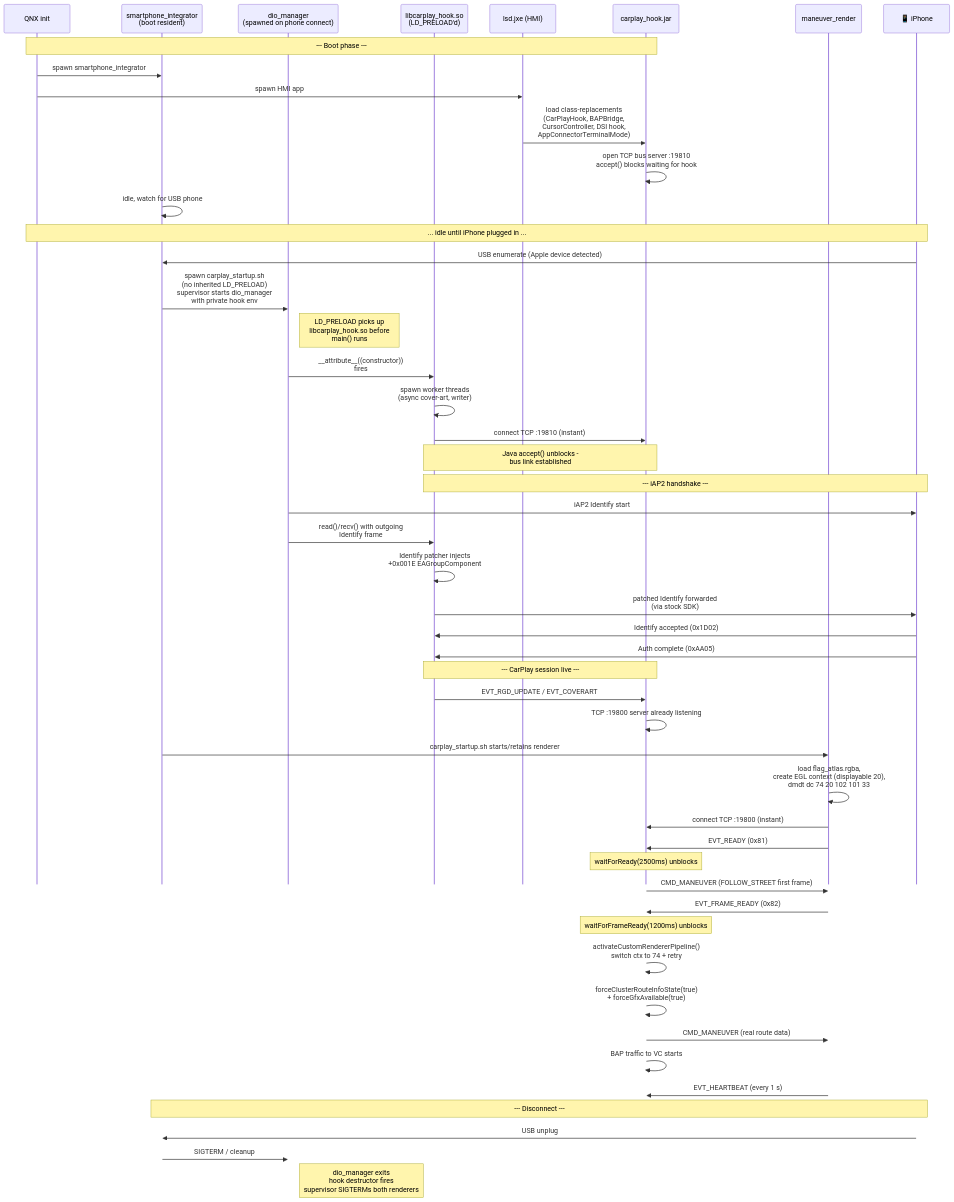
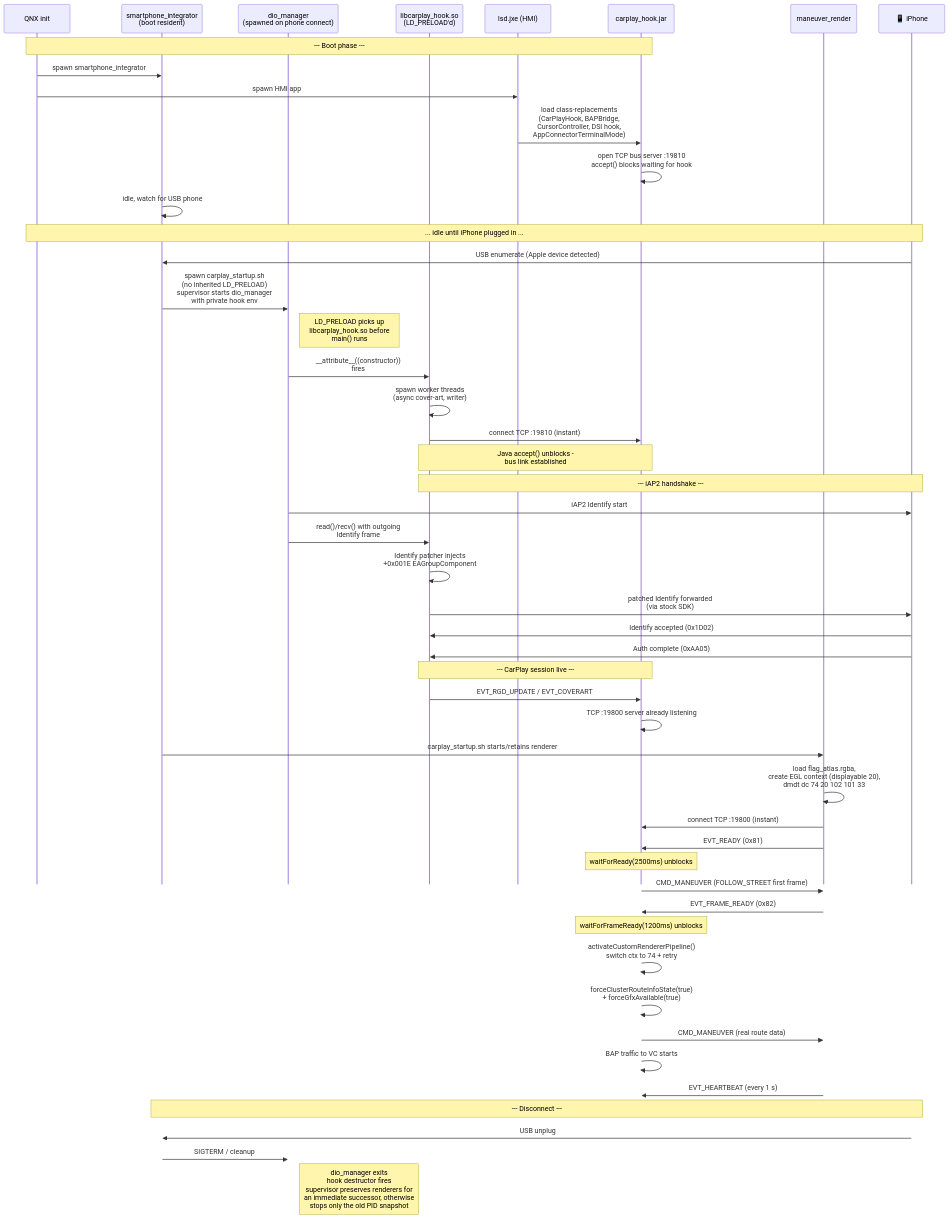
One commit to luka-dev/mib2q-carplay-rgi changed the eighth of 9 diagrams in README.md. Above: the diagram before and after it, drawn with Mermaid. The commit also changed other lines of this file and 40 other files, not shown here.

````diff
--- a/README.md
+++ b/README.md
@@ -767,60 +770,60 @@
 ```mermaid
 %%{init: {'sequence': {'mirrorActors': false}}}%%
 sequenceDiagram
     participant qnx as QNX init
     participant si as smartphone_integrator<br/>(boot resident)
     participant dio as dio_manager<br/>(spawned on phone connect)
     participant hook as libcarplay_hook.so<br/>(LD_PRELOAD'd)
     participant lsd as lsd.jxe (HMI)
     participant jar as carplay_hook.jar
     participant rend as maneuver_render
     participant ios as 📱 iPhone
 
     Note over qnx,jar: --- Boot phase ---
     qnx->>si: spawn smartphone_integrator
     qnx->>lsd: spawn HMI app
     lsd->>jar: load class-replacements<br/>(CarPlayHook, BAPBridge,<br/>CursorController, DSI hook,<br/>AppConnectorTerminalMode)
     jar->>jar: open TCP bus server :19810<br/>accept() blocks waiting for hook
     si->>si: idle, watch for USB phone
 
     Note over qnx,ios: ... idle until iPhone plugged in ...
 
     ios->>si: USB enumerate (Apple device detected)
     si->>dio: spawn carplay_startup.sh<br/>(no inherited LD_PRELOAD)<br/>supervisor starts dio_manager<br/>with private hook env
     Note right of dio: LD_PRELOAD picks up<br/>libcarplay_hook.so before<br/>main() runs
     dio->>hook: __attribute__((constructor))<br/>fires
     hook->>hook: spawn worker threads<br/>(async cover-art, writer)
     hook->>jar: connect TCP :19810 (instant)
     Note over hook,jar: Java accept() unblocks -<br/>bus link established
 
     Note over hook,ios: --- iAP2 handshake ---
     dio->>ios: iAP2 Identify start
     dio->>hook: read()/recv() with outgoing<br/>Identify frame
     hook->>hook: Identify patcher injects<br/>+0x001E EAGroupComponent
     hook->>ios: patched Identify forwarded<br/>(via stock SDK)
     ios->>hook: Identify accepted (0x1D02)
     ios->>hook: Auth complete (0xAA05)
 
     Note over hook,jar: --- CarPlay session live ---
 
     hook->>jar: EVT_RGD_UPDATE / EVT_COVERART
     jar->>jar: TCP :19800 server already listening
     si->>rend: carplay_startup.sh starts/retains renderer
     rend->>rend: load flag_atlas.rgba,<br/>create EGL context (displayable 20),<br/>dmdt dc 74 20 102 101 33
     rend->>jar: connect TCP :19800 (instant)
     rend->>jar: EVT_READY (0x81)
     Note over jar: waitForReady(2500ms) unblocks
     jar->>rend: CMD_MANEUVER (FOLLOW_STREET first frame)
     rend->>jar: EVT_FRAME_READY (0x82)
     Note over jar: waitForFrameReady(1200ms) unblocks
     jar->>jar: activateCustomRendererPipeline()<br/>switch ctx to 74 + retry
     jar->>jar: forceClusterRouteInfoState(true)<br/>+ forceGfxAvailable(true)
     jar->>rend: CMD_MANEUVER (real route data)
     jar->>jar: BAP traffic to VC starts
     rend->>jar: EVT_HEARTBEAT (every 1 s)
 
     Note over si,ios: --- Disconnect ---
     ios->>si: USB unplug
     si->>dio: SIGTERM / cleanup
-    Note right of dio: dio_manager exits<br/>hook destructor fires<br/>supervisor SIGTERMs both renderers
+    Note right of dio: dio_manager exits<br/>hook destructor fires<br/>supervisor preserves renderers for<br/>an immediate successor, otherwise<br/>stops only the old PID snapshot
 ```
````
